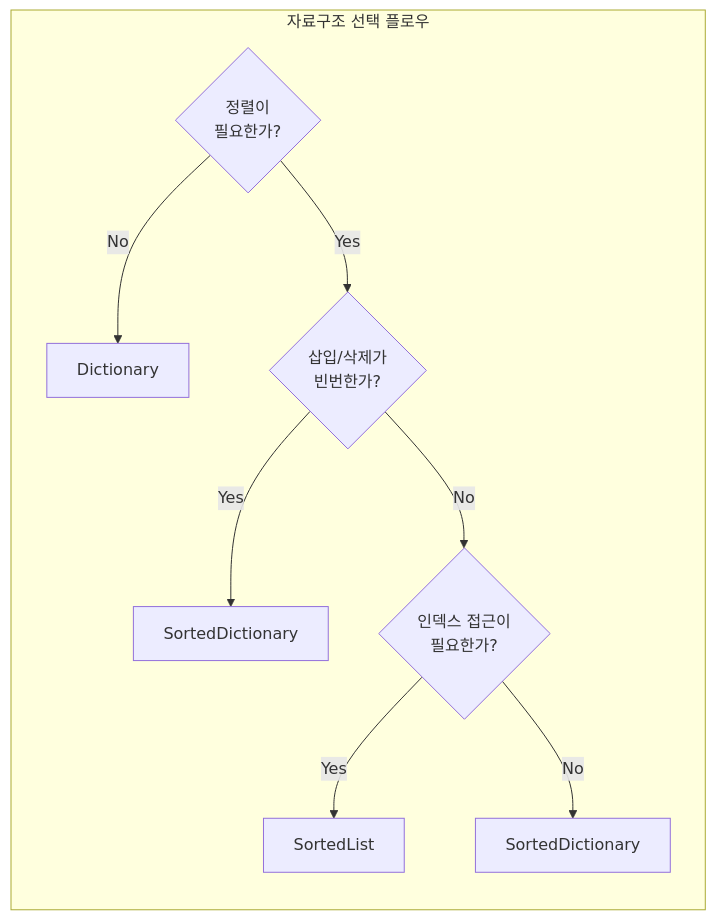
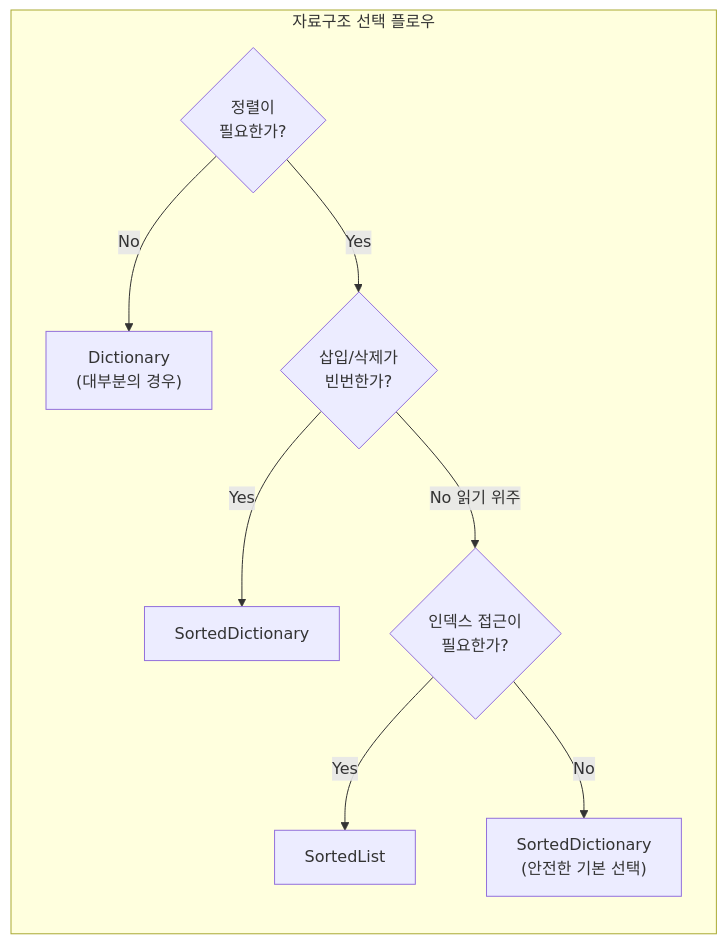
Before and after one commit to Epheria/Epheria.github.io: the eighth of 8 diagrams in _posts/Csharp/DataStructure/2023-07-27-CsharpDS01.md, drawn with Mermaid. The commit also changed other lines of this file and 2 other files, not shown here.

````diff
--- a/_posts/Csharp/DataStructure/2023-07-27-CsharpDS01.md
+++ b/_posts/Csharp/DataStructure/2023-07-27-CsharpDS01.md
@@ -257,15 +437,15 @@
 ```mermaid
 flowchart LR
     subgraph Decision["자료구조 선택 플로우"]
         Q1{"정렬이<br/>필요한가?"}
         Q2{"삽입/삭제가<br/>빈번한가?"}
         Q3{"인덱스 접근이<br/>필요한가?"}
 
-        Q1 -->|No| D["Dictionary"]
+        Q1 -->|No| D["Dictionary<br/>(대부분의 경우)"]
         Q1 -->|Yes| Q2
         Q2 -->|Yes| SD["SortedDictionary"]
-        Q2 -->|No| Q3
+        Q2 -->|No 읽기 위주| Q3
         Q3 -->|Yes| SL["SortedList"]
-        Q3 -->|No| SD2["SortedDictionary"]
+        Q3 -->|No| SD2["SortedDictionary<br/>(안전한 기본 선택)"]
     end
 ```
````
